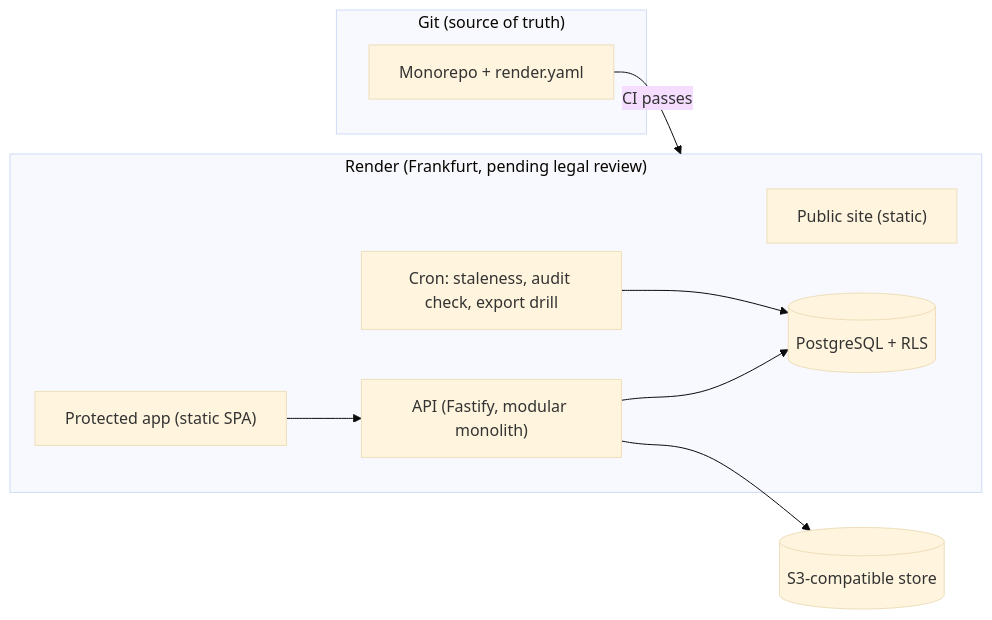
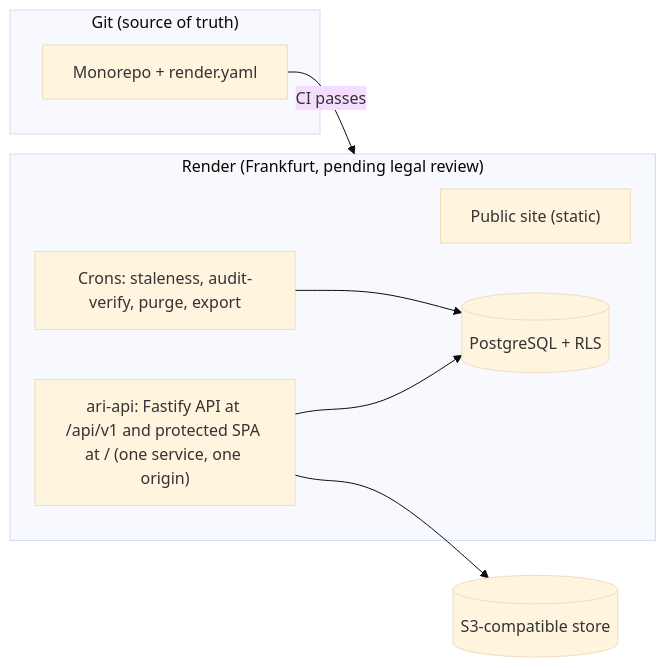
Before and after one commit to johnny882020/ARI-PST: the diagram in plan/MASTER-PLAN.md, drawn with Mermaid (base theme). The commit also changed other lines of this file and 9 other files, not shown here.

````diff
--- a/plan/MASTER-PLAN.md
+++ b/plan/MASTER-PLAN.md
@@ -28,17 +28,16 @@
 ```mermaid
 flowchart LR
   subgraph Git["Git (source of truth)"]
     REPO["Monorepo + render.yaml"]
   end
   REPO -->|"CI passes"| RND
   subgraph RND["Render (Frankfurt, pending legal review)"]
     PUB["Public site (static)"]
-    APP["Protected app (static SPA)"]
-    API["API (Fastify, modular monolith)"]
+    API["ari-api: Fastify API at /api/v1 and protected SPA at / (one service, one origin)"]
     DB[("PostgreSQL + RLS")]
-    CRON["Cron: staleness, audit check, export drill"]
+    CRON["Crons: staleness, audit-verify, purge, export"]
   end
-  APP --> API --> DB
+  API --> DB
   CRON --> DB
   API --> OBJ[("S3-compatible store")]
 ```
````
